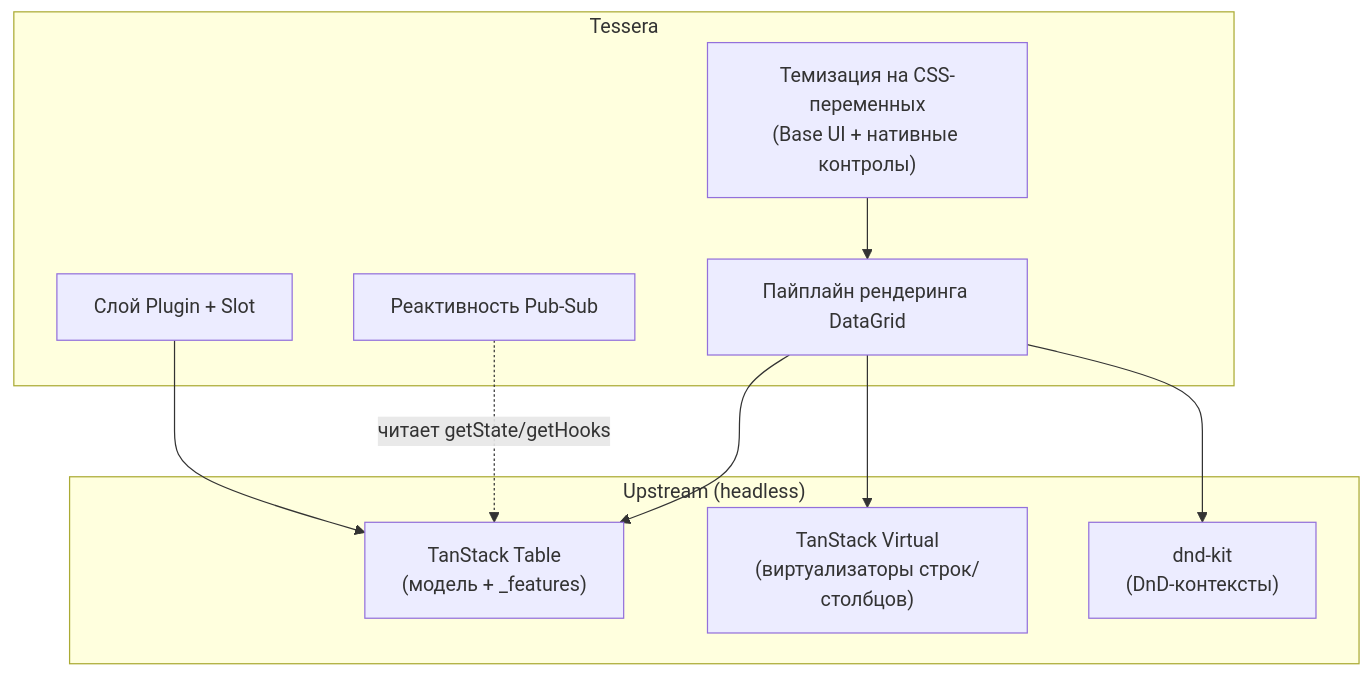
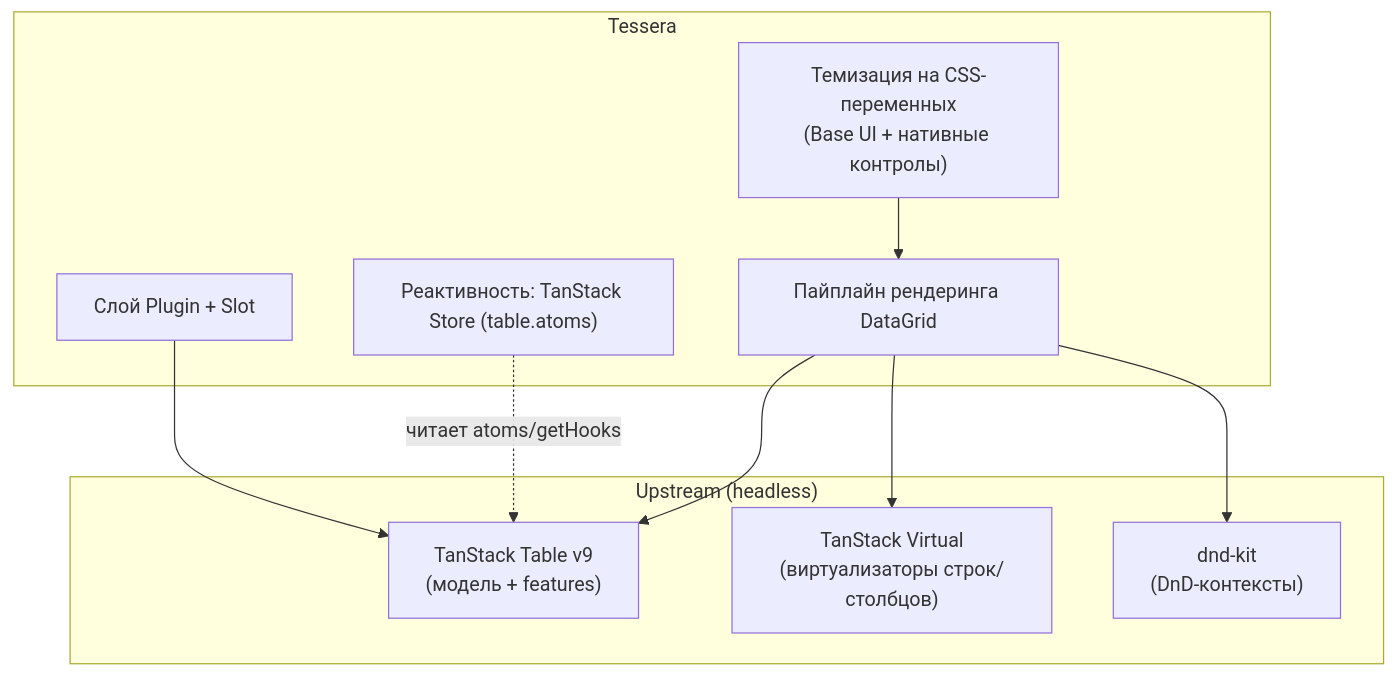
Before and after one commit to tessera-grid/tessera: the second of 2 diagrams in docs/architecture/upstream-foundations.md, drawn with Mermaid. The commit also changed other lines of this file and 9 other files, not shown here.

First line of the commit message:
docs: синхронизация документации под TanStack Table v9

````diff
--- a/docs/architecture/upstream-foundations.md
+++ b/docs/architecture/upstream-foundations.md
@@ -96,20 +101,20 @@
 ```mermaid
 flowchart TB
     subgraph tessera["Tessera"]
         PL["Слой Plugin + Slot"]
-        PS["Реактивность Pub-Sub"]
+        PS["Реактивность: TanStack Store (table.atoms)"]
         THEME["Темизация на CSS-переменных<br/>(Base UI + нативные контролы)"]
         UI["Пайплайн рендеринга DataGrid"]
     end
     subgraph up["Upstream (headless)"]
-        TT["TanStack Table<br/>(модель + _features)"]
+        TT["TanStack Table v9<br/>(модель + features)"]
         TV["TanStack Virtual<br/>(виртуализаторы строк/столбцов)"]
         DND["dnd-kit<br/>(DnD-контексты)"]
     end
     PL --> TT
-    PS -.->|читает getState/getHooks| TT
+    PS -.->|читает atoms/getHooks| TT
     UI --> TV
     UI --> DND
     UI --> TT
     THEME --> UI
 ```
````
